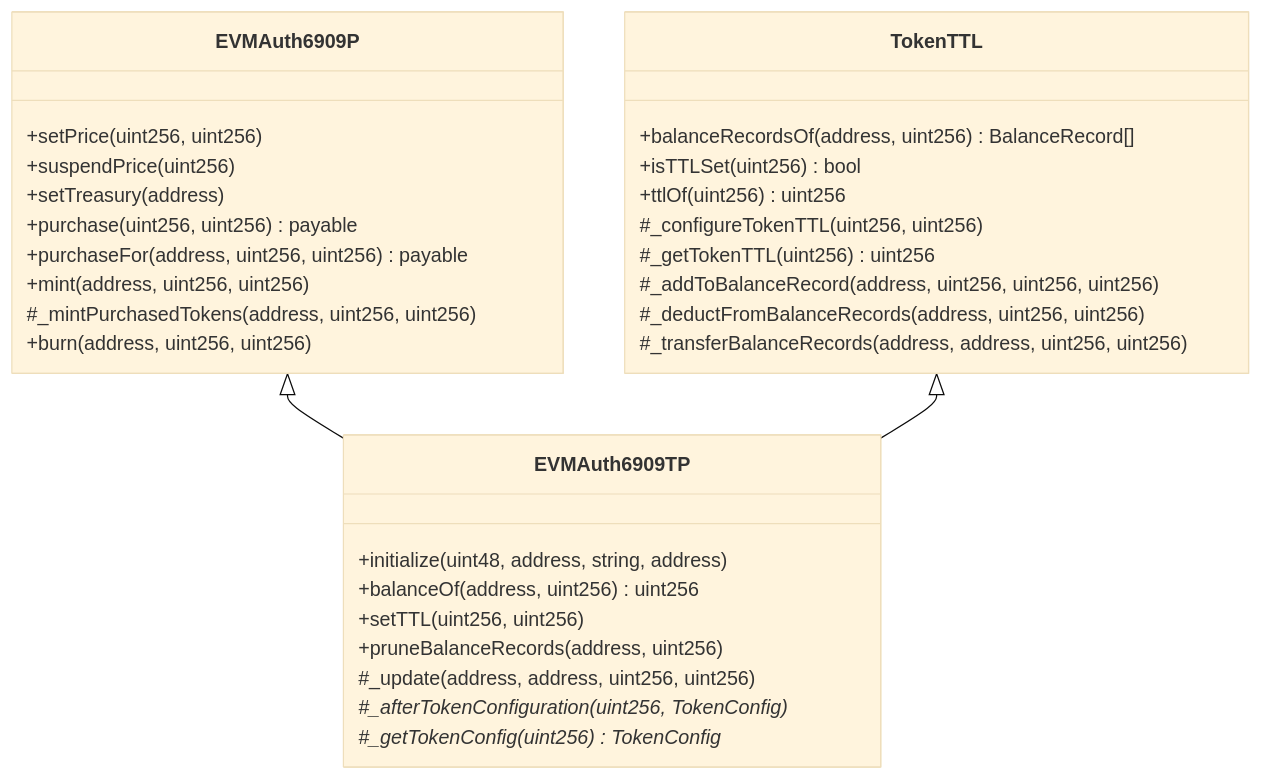
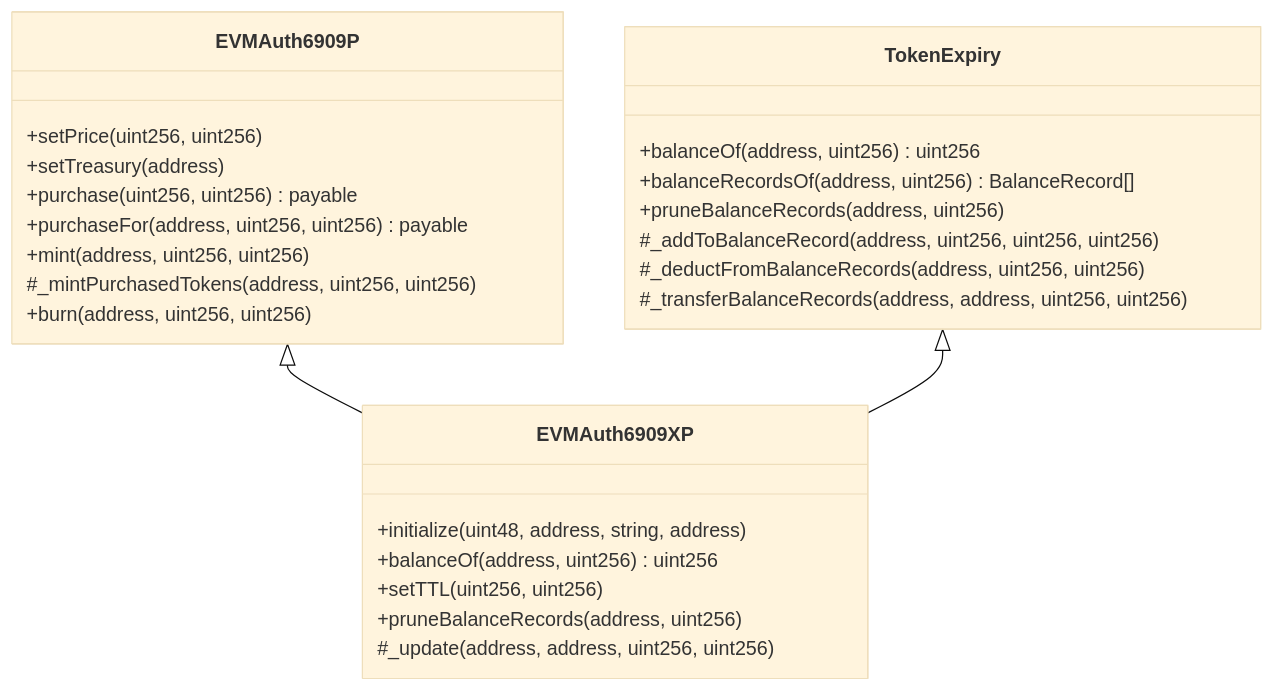
Diagram 17 of 18 in src/README.md (glanzz/evmauth-core), drawn with Mermaid (base theme) before and after one commit. The commit also changed other lines of this file and 28 other files, not shown here.

Commit message:
refactor: simplify token config

````diff
--- a/src/README.md
+++ b/src/README.md
@@ -887,35 +822,30 @@
 ```mermaid
 classDiagram
     class EVMAuth6909P{
         +setPrice(uint256, uint256)
-        +suspendPrice(uint256)
         +setTreasury(address)
         +purchase(uint256, uint256) payable
         +purchaseFor(address, uint256, uint256) payable
         +mint(address, uint256, uint256)
         #_mintPurchasedTokens(address, uint256, uint256)
         +burn(address, uint256, uint256)
     }
-    class TokenTTL{
+    class TokenExpiry{
+        +balanceOf(address, uint256) uint256
         +balanceRecordsOf(address, uint256) BalanceRecord[]
-        +isTTLSet(uint256) bool
-        +ttlOf(uint256) uint256
-        #_configureTokenTTL(uint256, uint256)
-        #_getTokenTTL(uint256) uint256
+        +pruneBalanceRecords(address, uint256)
         #_addToBalanceRecord(address, uint256, uint256, uint256)
         #_deductFromBalanceRecords(address, uint256, uint256)
         #_transferBalanceRecords(address, address, uint256, uint256)
     }
-    class EVMAuth6909TP{
+    class EVMAuth6909XP{
         +initialize(uint48, address, string, address)
         +balanceOf(address, uint256) uint256
         +setTTL(uint256, uint256)
         +pruneBalanceRecords(address, uint256)
         #_update(address, address, uint256, uint256)
-        #_afterTokenConfiguration(uint256, TokenConfig)*
-        #_getTokenConfig(uint256) TokenConfig*
     }
     
-    EVMAuth6909P <|-- EVMAuth6909TP
-    TokenTTL <|-- EVMAuth6909TP
+    EVMAuth6909P <|-- EVMAuth6909XP
+    TokenExpiry <|-- EVMAuth6909XP
 ```
````
